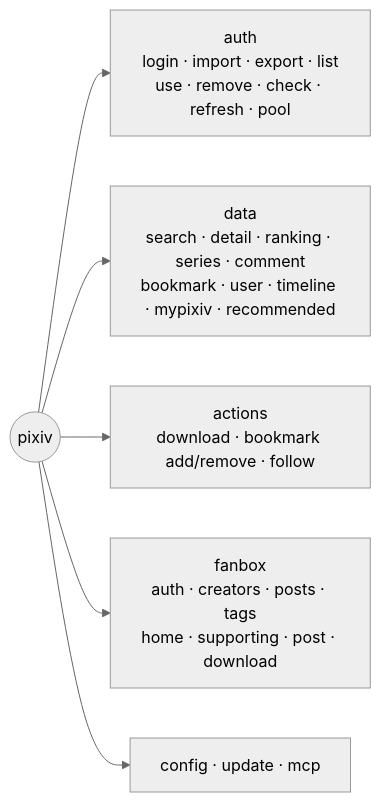
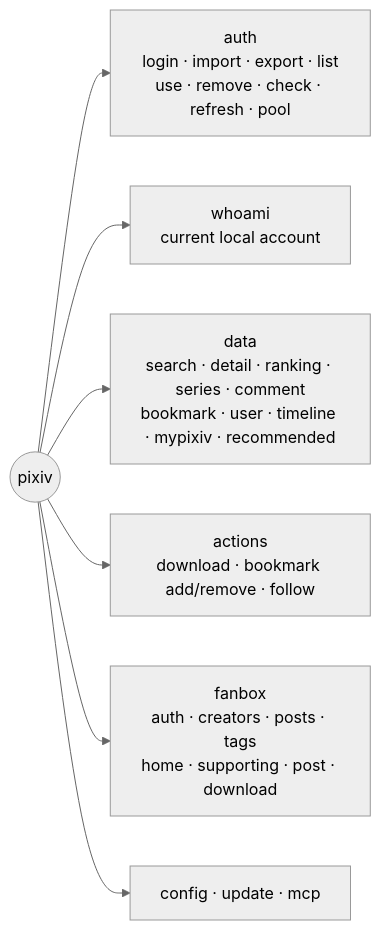
Before and after one commit to FlanChanXwO/pixiv-cli: the first of 5 diagrams in docs/en/cli-reference.md, drawn with Mermaid (neutral theme). The commit also changed other lines of this file and 13 other files, not shown here.

````diff
--- a/docs/en/cli-reference.md
+++ b/docs/en/cli-reference.md
@@ -7,8 +7,9 @@
 ```mermaid
 flowchart LR
     P(("pixiv")) --> AUTH["auth<br/>login · import · export · list<br/>use · remove · check · refresh · pool"]
+    P --> WHO["whoami<br/>current local account"]
     P --> DATA["data<br/>search · detail · ranking · series · comment<br/>bookmark · user · timeline · mypixiv · recommended"]
     P --> ACT["actions<br/>download · bookmark add/remove · follow"]
     P --> FB["fanbox<br/>auth · creators · posts · tags<br/>home · supporting · post · download"]
     P --> SYS["config · update · mcp"]
 ```
````
